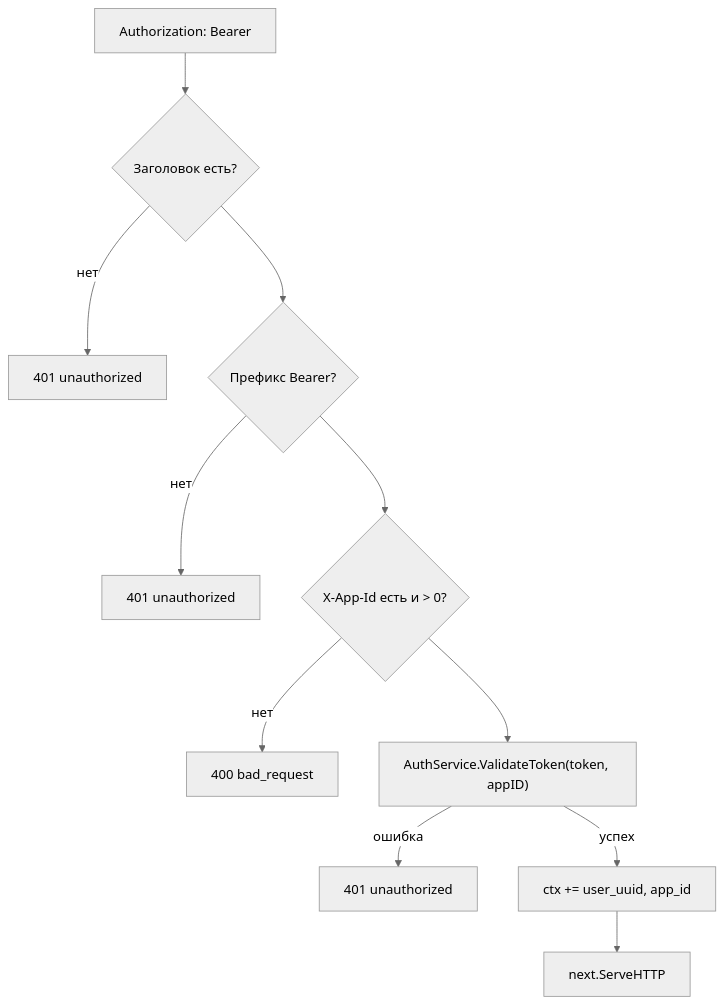
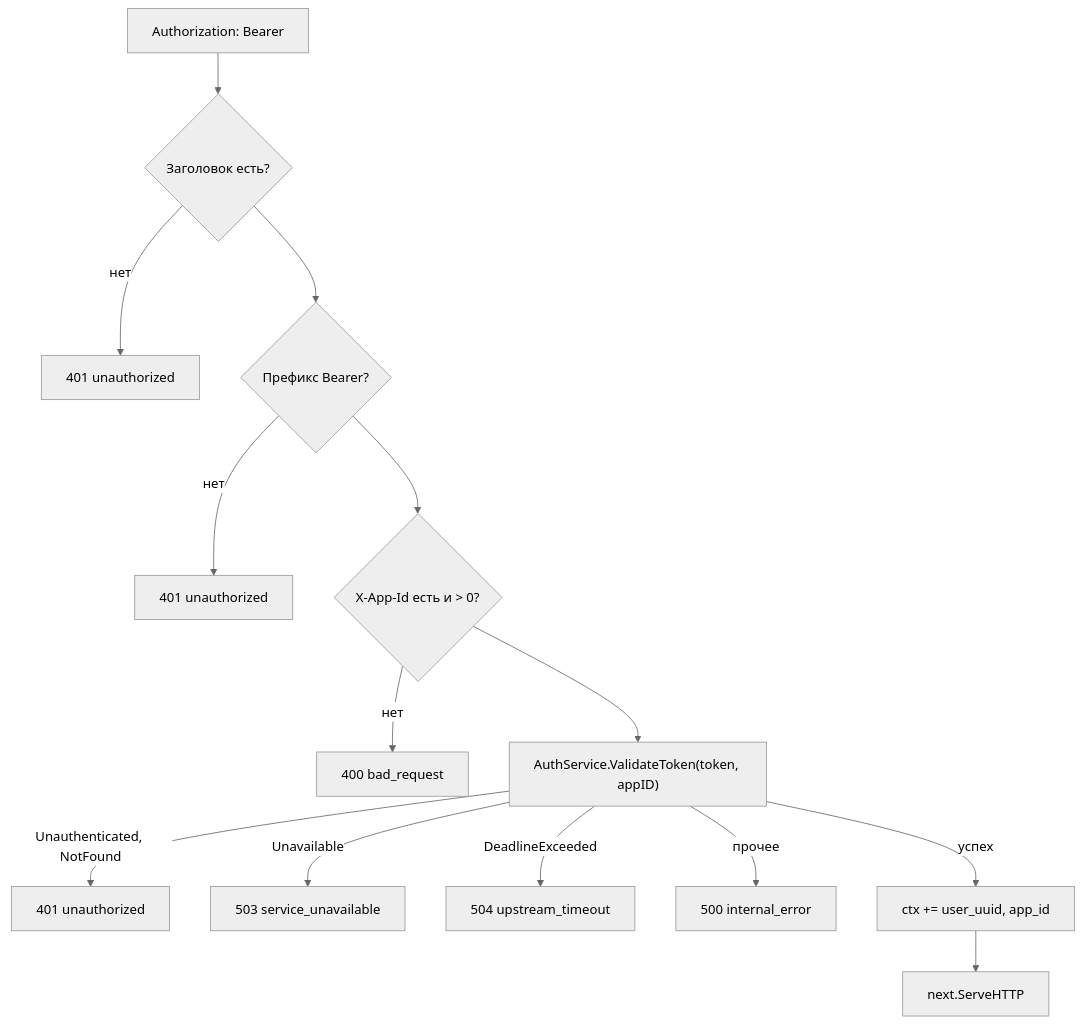
Before and after one commit to YagorX/shop-gateway-service: the third of 3 diagrams in internal/transport/http/v1/middleware/README.md, drawn with Mermaid (neutral theme). The commit also changed other lines of this file and 8 other files, not shown here.

````diff
--- a/internal/transport/http/v1/middleware/README.md
+++ b/internal/transport/http/v1/middleware/README.md
@@ -95,13 +97,16 @@
 ```mermaid
 flowchart TD
     A["Authorization: Bearer <token>"] --> B{"Заголовок есть?"}
     B -->|нет| E1["401 unauthorized"]
     B --> C{"Префикс Bearer?"}
     C -->|нет| E2["401 unauthorized"]
     C --> D{"X-App-Id есть и > 0?"}
     D -->|нет| E3["400 bad_request"]
     D --> F["AuthService.ValidateToken(token, appID)"]
-    F -->|ошибка| E4["401 unauthorized"]
+    F -->|"Unauthenticated, NotFound"| E4["401 unauthorized"]
+    F -->|Unavailable| E5["503 service_unavailable"]
+    F -->|DeadlineExceeded| E6["504 upstream_timeout"]
+    F -->|прочее| E7["500 internal_error"]
     F -->|успех| G["ctx += user_uuid, app_id"]
     G --> H["next.ServeHTTP"]
 ```
````
